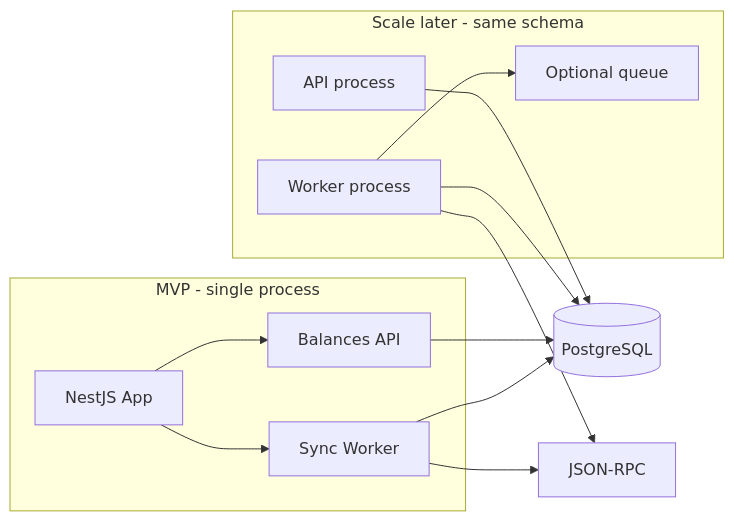
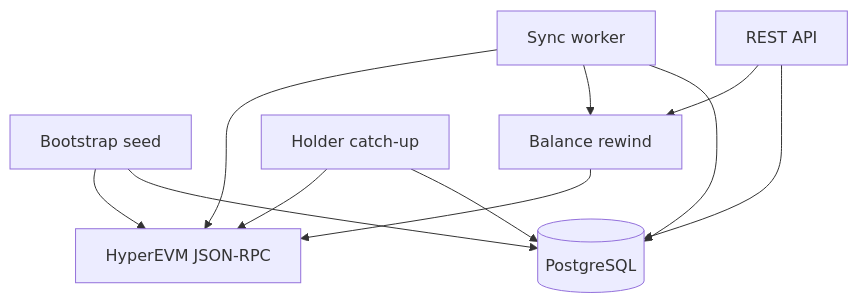
Before and after one commit to hoangy761/sync-data-onchain-be: the diagram in erc20-holder-balance-indexer-architecture.md, drawn with Mermaid. The commit also changed other lines of this file, not shown here.

First line of the commit message:
refactor: streamline architecture documentation for ERC-20 holder balance indexer

````diff
--- a/erc20-holder-balance-indexer-architecture.md
+++ b/erc20-holder-balance-indexer-architecture.md
@@ -94,25 +43,21 @@
 ```mermaid
-flowchart LR
-  subgraph mvp [MVP - single process]
-    APP[NestJS App]
-    APP --> API1[Balances API]
-    APP --> W1[Sync Worker]
-  end
+flowchart TD
+  RPC[HyperEVM JSON-RPC]
+  BOOT[Bootstrap seed]
+  WORKER[Sync worker]
+  REWIND[Balance rewind]
+  CATCH[Holder catch-up]
+  DB[(PostgreSQL)]
+  API[REST API]
 
-  subgraph scale [Scale later - same schema]
-    API2[API process]
-    W2[Worker process]
-    Q[Optional queue]
-    W2 --> Q
-  end
-
-  DB[(PostgreSQL)]
-  RPC[JSON-RPC]
-
-  W1 --> RPC
-  W1 --> DB
-  API1 --> DB
-  W2 --> RPC
-  W2 --> DB
-  API2 --> DB
+  BOOT --> RPC
+  BOOT --> DB
+  WORKER --> RPC
+  WORKER --> REWIND
+  WORKER --> DB
+  API --> REWIND
+  API --> DB
+  REWIND --> RPC
+  CATCH --> RPC
+  CATCH --> DB
 ```
````
